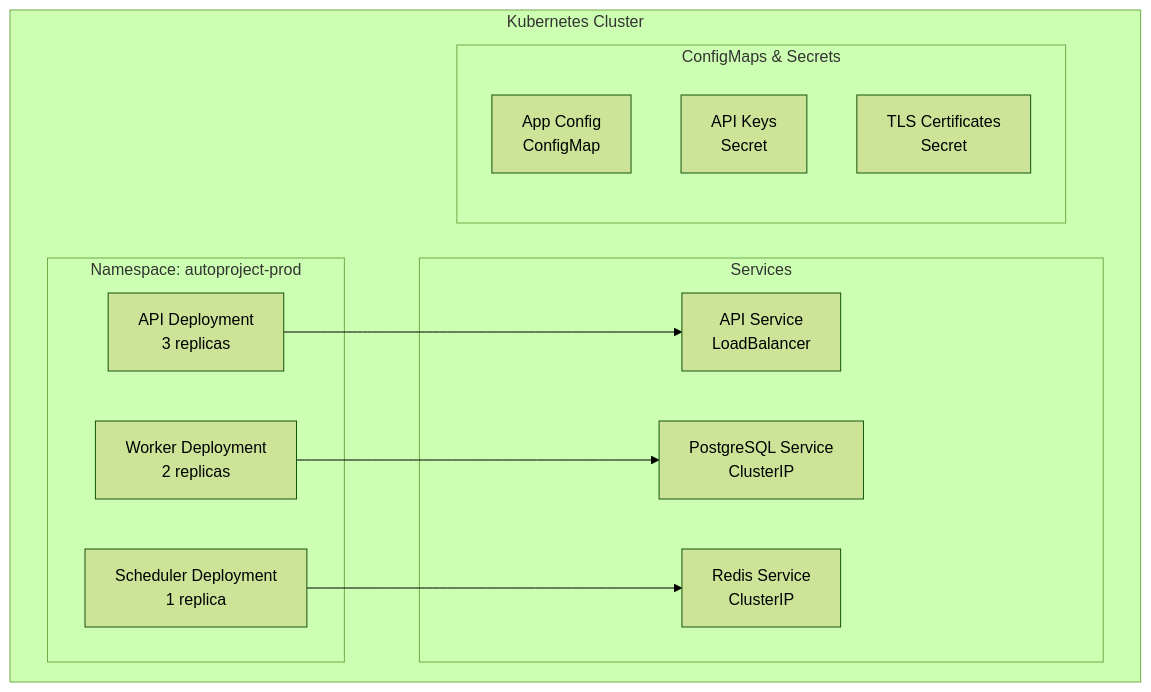
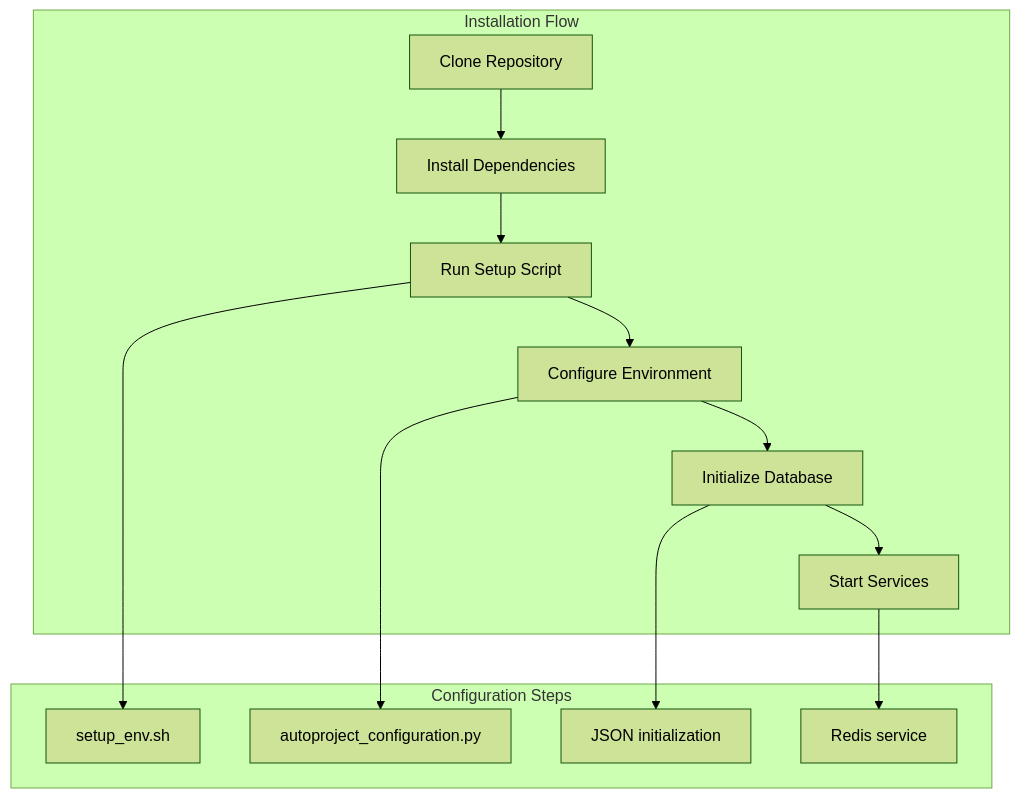
Before and after one commit to Shakour-Data/AutoProjectManagement: diagram 11 of 18 in Docs/Software_Engineering/Software_Architecture_Document.md, drawn with Mermaid (forest theme). The commit also changed other lines of this file, not shown here.

````diff
--- a/Docs/Software_Engineering/Software_Architecture_Document.md
+++ b/Docs/Software_Engineering/Software_Architecture_Document.md
@@ -545,26 +562,17 @@
 ```mermaid
-graph TB
-    subgraph "Kubernetes Cluster"
-        subgraph "Namespace: autoproject-prod"
-            API[API Deployment<br/>3 replicas]
-            Worker[Worker Deployment<br/>2 replicas]
-            Scheduler[Scheduler Deployment<br/>1 replica]
-        end
-        
-        subgraph "Services"
-            APIService[API Service<br/>LoadBalancer]
-            DBService[PostgreSQL Service<br/>ClusterIP]
-            CacheService[Redis Service<br/>ClusterIP]
-        end
-        
-        subgraph "ConfigMaps & Secrets"
-            Config[App Config<br/>ConfigMap]
-            Secrets[API Keys<br/>Secret]
-            TLS[TLS Certificates<br/>Secret]
-        end
+flowchart TD
+    subgraph "Installation Flow"
+        A[Clone Repository] --> B[Install Dependencies]
+        B --> C[Run Setup Script]
+        C --> D[Configure Environment]
+        D --> E[Initialize Database]
+        E --> F[Start Services]
     end
     
-    API --> APIService
-    Worker --> DBService
-    Scheduler --> CacheService
+    subgraph "Configuration Steps"
+        C --> C1[setup_env.sh]
+        D --> D1[autoproject_configuration.py]
+        E --> E1[JSON initialization]
+        F --> F1[Redis service]
+    end
 ```
````
